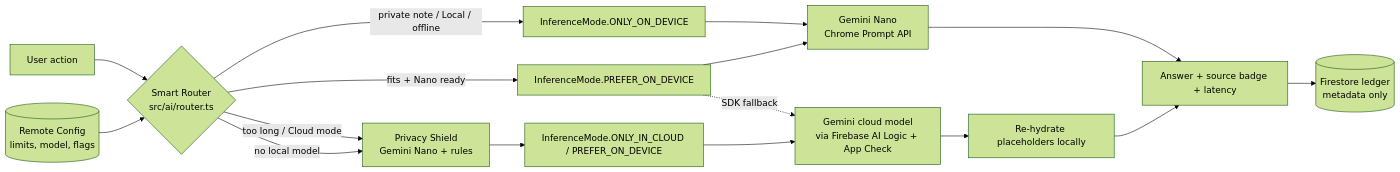
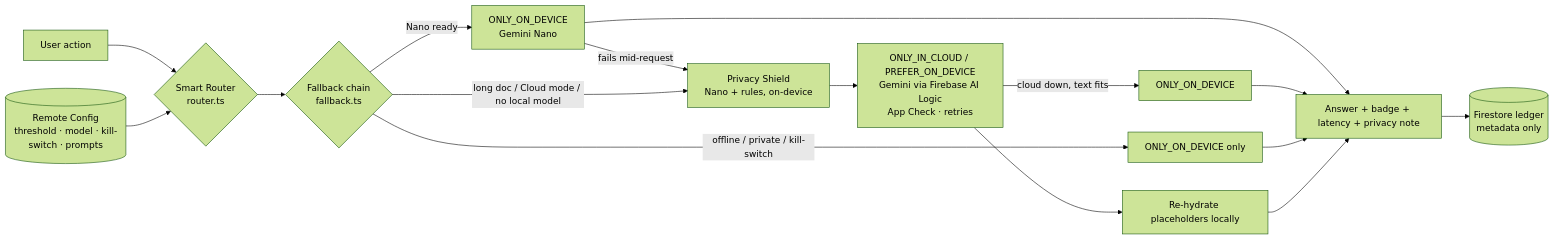
One commit to shravyasaravanane/HybridAI changed the diagram in README.md. Above: the diagram before and after it, drawn with Mermaid (forest theme). The commit also changed other lines of this file and 3 other files, not shown here.

````diff
--- a/README.md
+++ b/README.md
@@ -79,18 +73,18 @@
 ```mermaid
 flowchart LR
-  U[User action] --> R{Smart Router<br/>src/ai/router.ts}
-  RC[(Remote Config<br/>limits, model, flags)] --> R
-  R -- "private note / Local / offline" --> OD["InferenceMode.ONLY_ON_DEVICE"]
-  R -- "fits + Nano ready" --> P["InferenceMode.PREFER_ON_DEVICE"]
-  R -- "too long / Cloud mode" --> S[Privacy Shield<br/>Gemini Nano + rules]
-  R -- "no local model" --> S
-  S --> C["InferenceMode.ONLY_IN_CLOUD / PREFER_ON_DEVICE"]
-  OD --> N[Gemini Nano<br/>Chrome Prompt API]
-  P --> N
-  P -. SDK fallback .-> G
-  C --> G[Gemini cloud model<br/>via Firebase AI Logic + App Check]
-  G --> H[Re-hydrate placeholders locally]
-  N --> O[Answer + source badge + latency]
+  U[User action] --> R{Smart Router<br/>router.ts}
+  RC[(Remote Config<br/>threshold · model · kill-switch · prompts)] --> R
+  R --> F{Fallback chain<br/>fallback.ts}
+  F -- "Nano ready" --> N1["ONLY_ON_DEVICE<br/>Gemini Nano"]
+  N1 -- "fails mid-request" --> S
+  F -- "long doc / Cloud mode / no local model" --> S[Privacy Shield<br/>Nano + rules, on-device]
+  S --> C["ONLY_IN_CLOUD / PREFER_ON_DEVICE<br/>Gemini via Firebase AI Logic<br/>App Check · retries"]
+  C -- "cloud down, text fits" --> N2["ONLY_ON_DEVICE"]
+  F -- "offline / private / kill-switch" --> N3["ONLY_ON_DEVICE only"]
+  C --> H[Re-hydrate placeholders locally]
+  N1 --> O[Answer + badge + latency + privacy note]
+  N2 --> O
+  N3 --> O
   H --> O
   O --> L[(Firestore ledger<br/>metadata only)]
 ```
````
